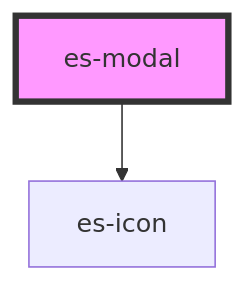
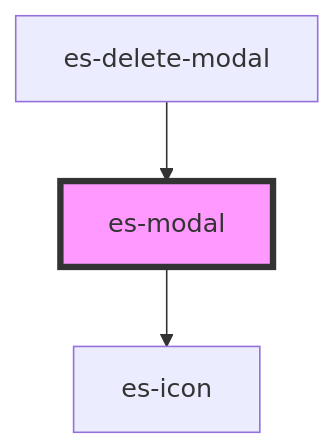
Before and after one commit to EventStore/Design-System: the diagram in packages/components/src/components/es-modal/readme.md, drawn with Mermaid. The commit also changed other lines of this file and 44 other files, not shown here.

````diff
--- a/packages/components/src/components/es-modal/readme.md
+++ b/packages/components/src/components/es-modal/readme.md
@@ -121,5 +125,6 @@
 ```mermaid
 graph TD;
   es-modal --> es-icon
+  es-delete-modal --> es-modal
   style es-modal fill:#f9f,stroke:#333,stroke-width:4px
 ```
````
